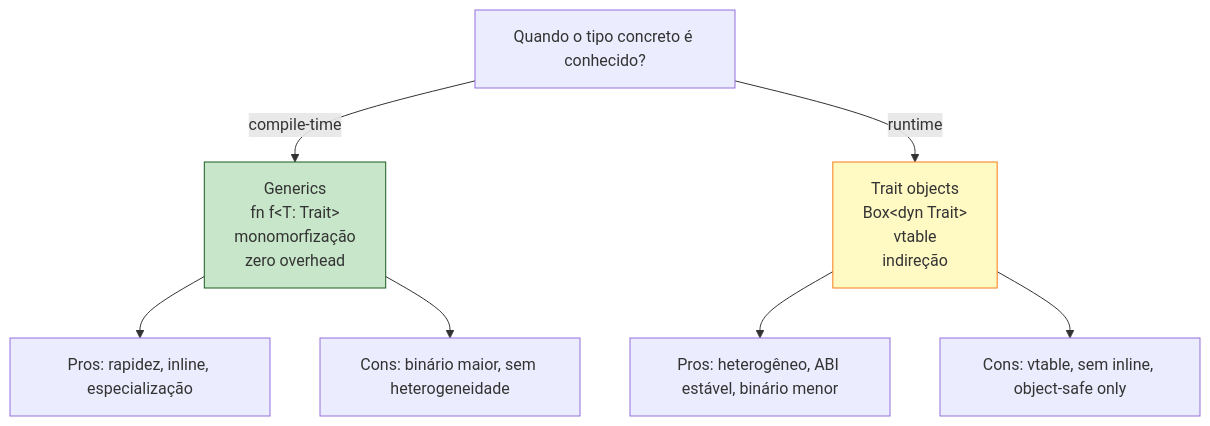
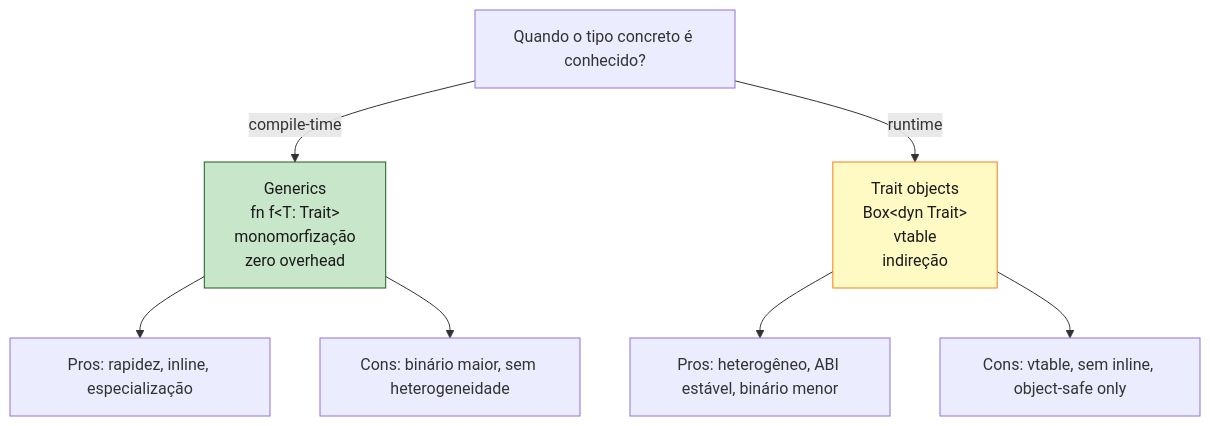
The diagram in book/part-08-generics-and-traits/ch24-trait-objects.md (Felipeness/ferro-e-espirito), drawn with Mermaid before and after one commit. The commit also changed 56 other files, not shown here.

First line of the commit message:
fix: contraste de texto em diagramas mermaid

````diff
--- a/book/part-08-generics-and-traits/ch24-trait-objects.md
+++ b/book/part-08-generics-and-traits/ch24-trait-objects.md
@@ -343,16 +343,16 @@
 ```mermaid
 graph TB
     Q["Quando o tipo concreto é conhecido?"]
 
     Q -->|compile-time| Static["Generics<br/>fn f&lt;T: Trait&gt;<br/>monomorfização<br/>zero overhead"]
     Q -->|runtime| Dynamic["Trait objects<br/>Box&lt;dyn Trait&gt;<br/>vtable<br/>indireção"]
 
     Static --> Pros1["Pros: rapidez, inline, especialização"]
     Static --> Cons1["Cons: binário maior, sem heterogeneidade"]
 
     Dynamic --> Pros2["Pros: heterogêneo, ABI estável, binário menor"]
     Dynamic --> Cons2["Cons: vtable, sem inline, object-safe only"]
 
-    style Static fill:#c8e6c9,stroke:#1b5e20
-    style Dynamic fill:#fff9c4,stroke:#f57f17
+    style Static fill:#c8e6c9,stroke:#1b5e20,color:#1a1a1a
+    style Dynamic fill:#fff9c4,stroke:#f57f17,color:#1a1a1a
 ```
````
